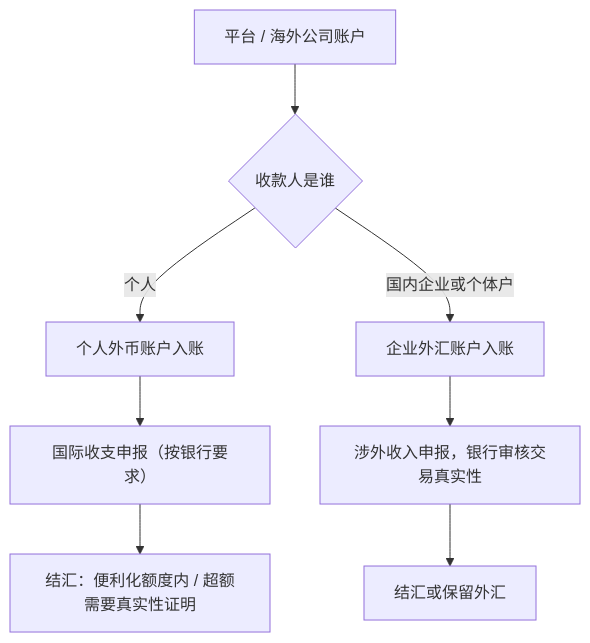
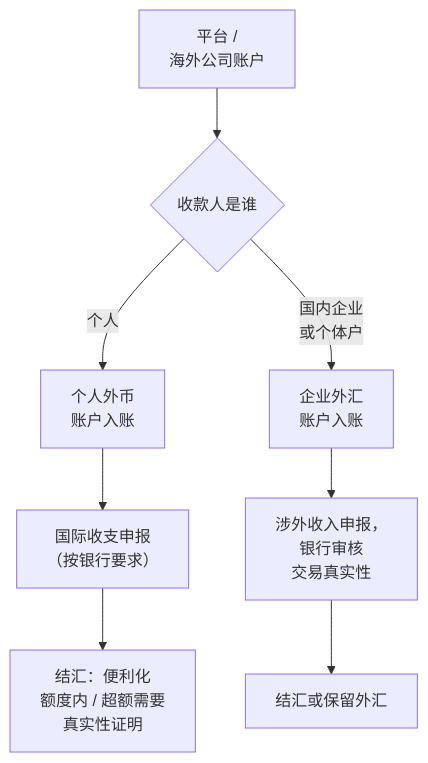
Before and after one commit to jarvis-pro/hatch-shelf: the second of 2 diagrams in books/going-global/07-tax-and-remittance.md, drawn with Mermaid. The commit also changed other lines of this file and 432 other files, not shown here.

````diff
--- a/books/going-global/07-tax-and-remittance.md
+++ b/books/going-global/07-tax-and-remittance.md
@@ -122,10 +122,10 @@
 ```mermaid
 flowchart TD
-  P["平台 / 海外公司账户"] --> Q{"收款人是谁"}
-  Q -- "个人" --> I["个人外币账户入账"]
-  Q -- "国内企业或个体户" --> C["企业外汇账户入账"]
-  I --> I2["国际收支申报（按银行要求）"]
-  I2 --> I3["结汇：便利化额度内 / 超额需要真实性证明"]
-  C --> C2["涉外收入申报，银行审核交易真实性"]
+  P["平台 /<br/>海外公司账户"] --> Q{"收款人是谁"}
+  Q -- "个人" --> I["个人外币<br/>账户入账"]
+  Q -- "国内企业<br/>或个体户" --> C["企业外汇<br/>账户入账"]
+  I --> I2["国际收支申报<br/>（按银行要求）"]
+  I2 --> I3["结汇：便利化<br/>额度内 / 超额需要<br/>真实性证明"]
+  C --> C2["涉外收入申报，<br/>银行审核<br/>交易真实性"]
   C2 --> C3["结汇或保留外汇"]
 ```
````
